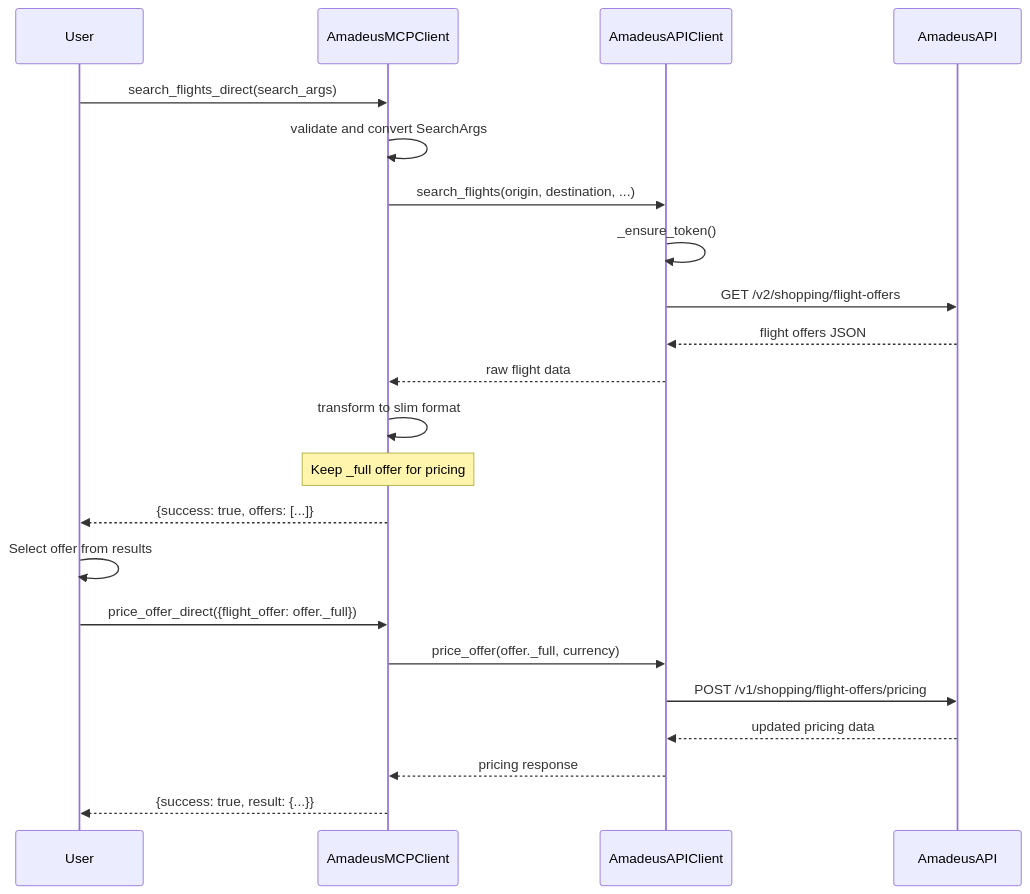
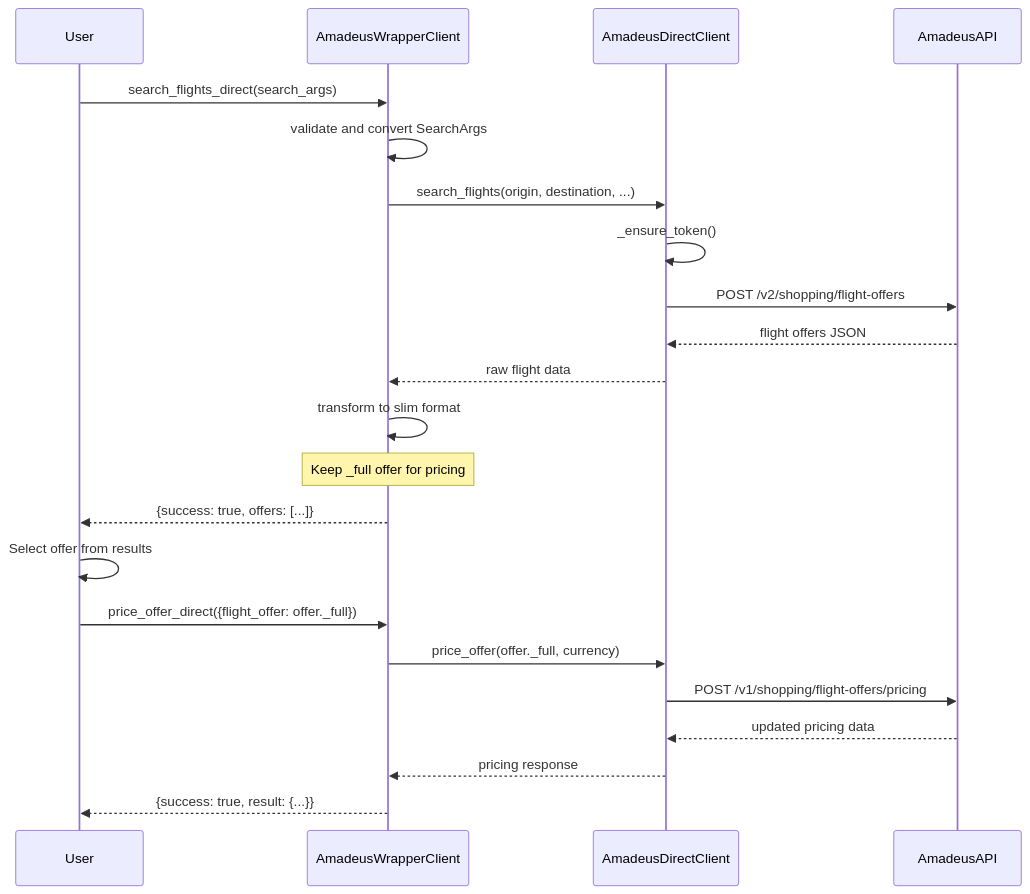
One commit to jtuchinsky/LangGraph-Sandbox changed the sixth of 7 diagrams in docs/amadeus_sequence_diagram.md. Above: the diagram before and after it, drawn with Mermaid. The commit also changed other lines of this file and 2 other files, not shown here.

First line of the commit message:
Update Amadeus documentation to reflect refactored architecture

````diff
--- a/docs/amadeus_sequence_diagram.md
+++ b/docs/amadeus_sequence_diagram.md
@@ -131,28 +210,28 @@
 ```mermaid
 sequenceDiagram
     participant User
-    participant AmadeusMCPClient
-    participant AmadeusAPIClient
+    participant AmadeusWrapperClient
+    participant AmadeusDirectClient
     participant AmadeusAPI
 
-    User->>AmadeusMCPClient: search_flights_direct(search_args)
-    AmadeusMCPClient->>AmadeusMCPClient: validate and convert SearchArgs
-    AmadeusMCPClient->>AmadeusAPIClient: search_flights(origin, destination, ...)
+    User->>AmadeusWrapperClient: search_flights_direct(search_args)
+    AmadeusWrapperClient->>AmadeusWrapperClient: validate and convert SearchArgs
+    AmadeusWrapperClient->>AmadeusDirectClient: search_flights(origin, destination, ...)
     
-    AmadeusAPIClient->>AmadeusAPIClient: _ensure_token()
-    AmadeusAPIClient->>AmadeusAPI: GET /v2/shopping/flight-offers
-    AmadeusAPI-->>AmadeusAPIClient: flight offers JSON
-    AmadeusAPIClient-->>AmadeusMCPClient: raw flight data
+    AmadeusDirectClient->>AmadeusDirectClient: _ensure_token()
+    AmadeusDirectClient->>AmadeusAPI: POST /v2/shopping/flight-offers
+    AmadeusAPI-->>AmadeusDirectClient: flight offers JSON
+    AmadeusDirectClient-->>AmadeusWrapperClient: raw flight data
     
-    AmadeusMCPClient->>AmadeusMCPClient: transform to slim format
-    Note over AmadeusMCPClient: Keep _full offer for pricing
-    AmadeusMCPClient-->>User: {success: true, offers: [...]}
+    AmadeusWrapperClient->>AmadeusWrapperClient: transform to slim format
+    Note over AmadeusWrapperClient: Keep _full offer for pricing
+    AmadeusWrapperClient-->>User: {success: true, offers: [...]}
     
     User->>User: Select offer from results
-    User->>AmadeusMCPClient: price_offer_direct({flight_offer: offer._full})
-    AmadeusMCPClient->>AmadeusAPIClient: price_offer(offer._full, currency)
-    AmadeusAPIClient->>AmadeusAPI: POST /v1/shopping/flight-offers/pricing
-    AmadeusAPI-->>AmadeusAPIClient: updated pricing data
-    AmadeusAPIClient-->>AmadeusMCPClient: pricing response
-    AmadeusMCPClient-->>User: {success: true, result: {...}}
+    User->>AmadeusWrapperClient: price_offer_direct({flight_offer: offer._full})
+    AmadeusWrapperClient->>AmadeusDirectClient: price_offer(offer._full, currency)
+    AmadeusDirectClient->>AmadeusAPI: POST /v1/shopping/flight-offers/pricing
+    AmadeusAPI-->>AmadeusDirectClient: updated pricing data
+    AmadeusDirectClient-->>AmadeusWrapperClient: pricing response
+    AmadeusWrapperClient-->>User: {success: true, result: {...}}
 ```
````
